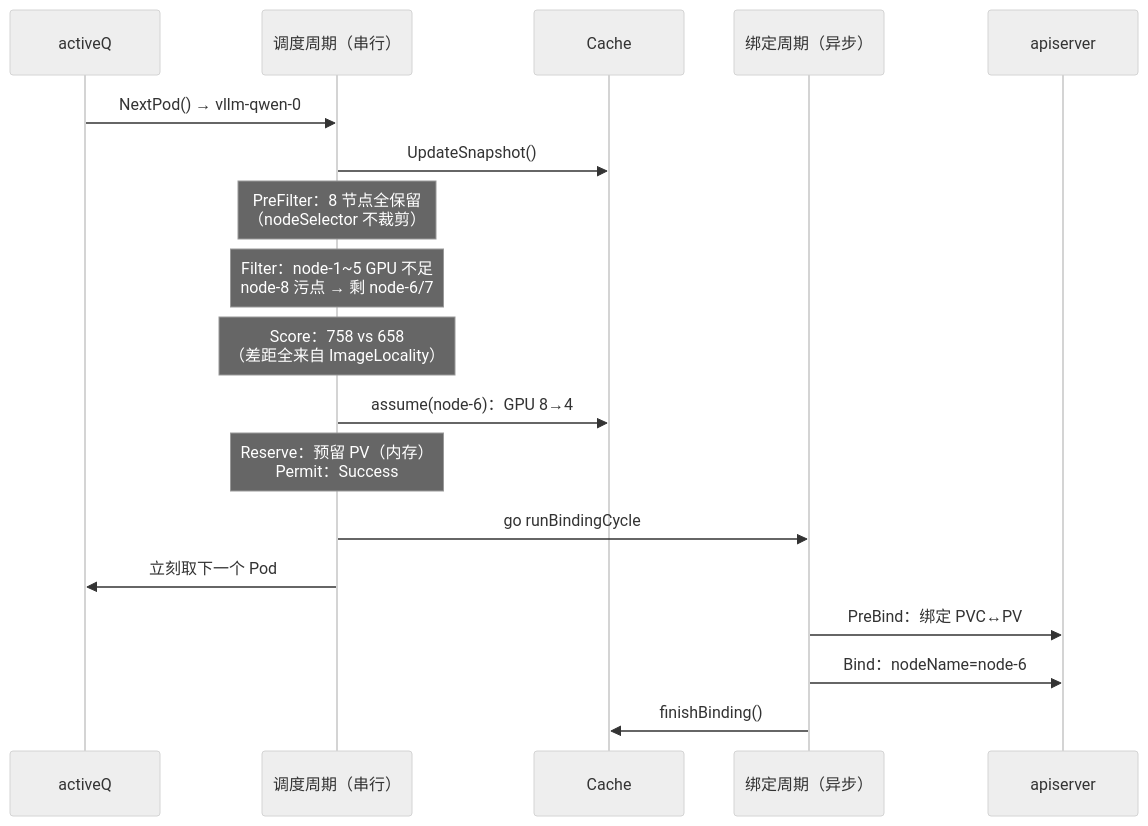
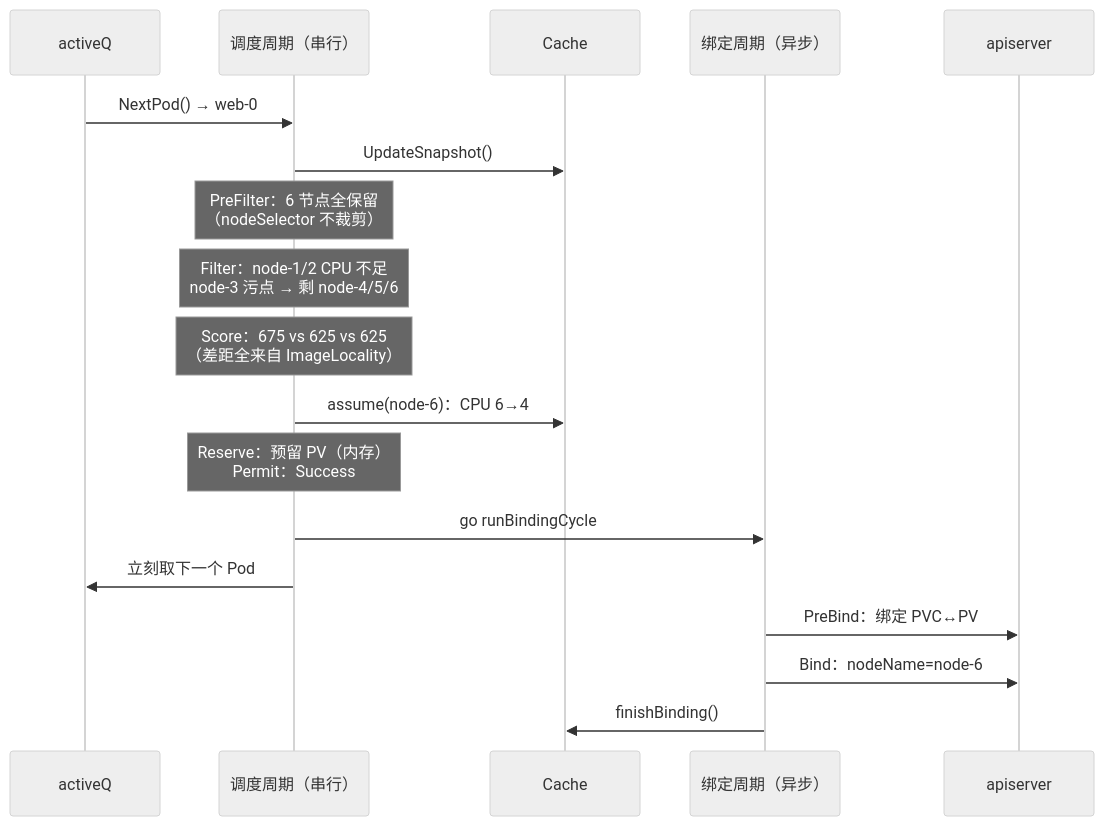
Before and after one commit to songkane/llm-learning: the second of 2 diagrams in scheduling/kube-scheduler/01-核心原理-调度周期与扩展点.md, drawn with Mermaid (neutral theme). The commit also changed other lines of this file and 4 other files, not shown here.

````diff
--- a/scheduling/kube-scheduler/01-核心原理-调度周期与扩展点.md
+++ b/scheduling/kube-scheduler/01-核心原理-调度周期与扩展点.md
@@ -771,21 +799,21 @@
 ```mermaid
 sequenceDiagram
     participant Q as activeQ
     participant SC as 调度周期（串行）
     participant C as Cache
     participant BC as 绑定周期（异步）
     participant API as apiserver
 
-    Q->>SC: NextPod() → vllm-qwen-0
+    Q->>SC: NextPod() → web-0
     SC->>C: UpdateSnapshot()
-    Note over SC: PreFilter：8 节点全保留<br/>（nodeSelector 不裁剪）
-    Note over SC: Filter：node-1~5 GPU 不足<br/>node-8 污点 → 剩 node-6/7
-    Note over SC: Score：758 vs 658<br/>（差距全来自 ImageLocality）
-    SC->>C: assume(node-6)：GPU 8→4
+    Note over SC: PreFilter：6 节点全保留<br/>（nodeSelector 不裁剪）
+    Note over SC: Filter：node-1/2 CPU 不足<br/>node-3 污点 → 剩 node-4/5/6
+    Note over SC: Score：675 vs 625 vs 625<br/>（差距全来自 ImageLocality）
+    SC->>C: assume(node-6)：CPU 6→4
     Note over SC: Reserve：预留 PV（内存）<br/>Permit：Success
     SC->>BC: go runBindingCycle
     SC->>Q: 立刻取下一个 Pod
     BC->>API: PreBind：绑定 PVC↔PV
     BC->>API: Bind：nodeName=node-6
     BC->>C: finishBinding()
 ```
````
